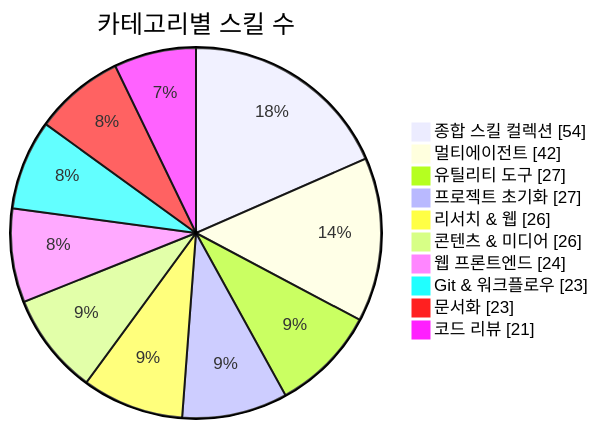
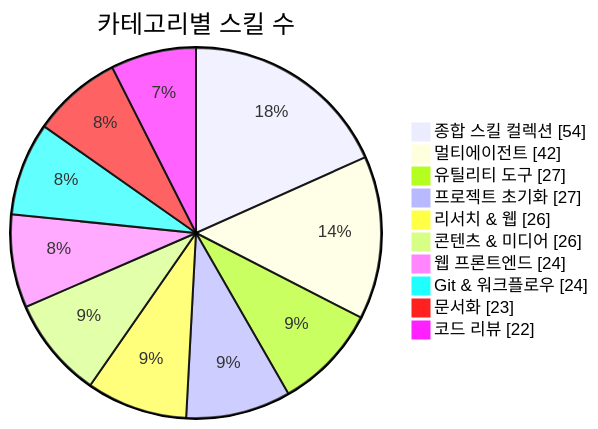
Before and after one commit to J-nowcow/awesome-korean-agent-skills: the first of 3 diagrams in README.md, drawn with Mermaid. The commit also changed other lines of this file and 5 other files, not shown here.

````diff
--- a/README.md
+++ b/README.md
@@ -176,14 +176,14 @@
 ```mermaid
 pie showData
     title 카테고리별 스킬 수
     "종합 스킬 컬렉션" : 54
     "멀티에이전트" : 42
     "유틸리티 도구" : 27
     "프로젝트 초기화" : 27
     "리서치 & 웹" : 26
     "콘텐츠 & 미디어" : 26
     "웹 프론트엔드" : 24
-    "Git & 워크플로우" : 23
+    "Git & 워크플로우" : 24
     "문서화" : 23
-    "코드 리뷰" : 21
+    "코드 리뷰" : 22
 ```
````
